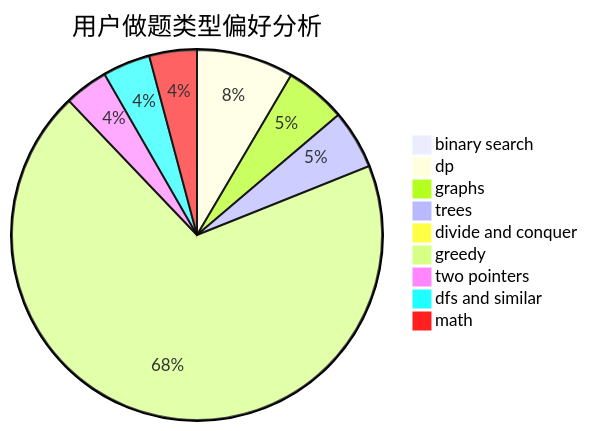
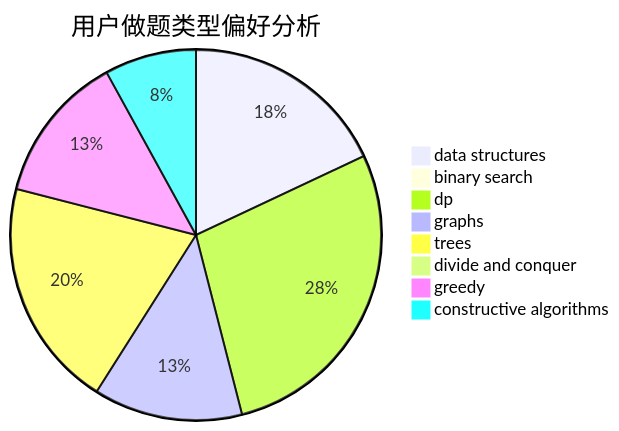
The second of 3 diagrams in docs/user/u2178.md (sherpahu/cfrs.github.io), drawn with Mermaid before and after one commit. The commit also changed other lines of this file and 2775 other files, not shown here.

````diff
--- a/docs/user/u2178.md
+++ b/docs/user/u2178.md
@@ -23,12 +23,11 @@
 ```mermaid
 pie title 用户做题类型偏好分析
-    "binary search" :  5
-    "dp" :  51
-    "graphs" :  32
-    "trees" :  31
+    "data structures" :  18
+    "binary search" :  1
+    "dp" :  28
+    "graphs" :  13
+    "trees" :  20
     "divide and conquer" :  0
-    "greedy" :  415
-    "two pointers" :  23
-    "dfs and similar" :  25
-    "math" :  25
+    "greedy" :  13
+    "constructive algorithms" :  8
 ```
````
